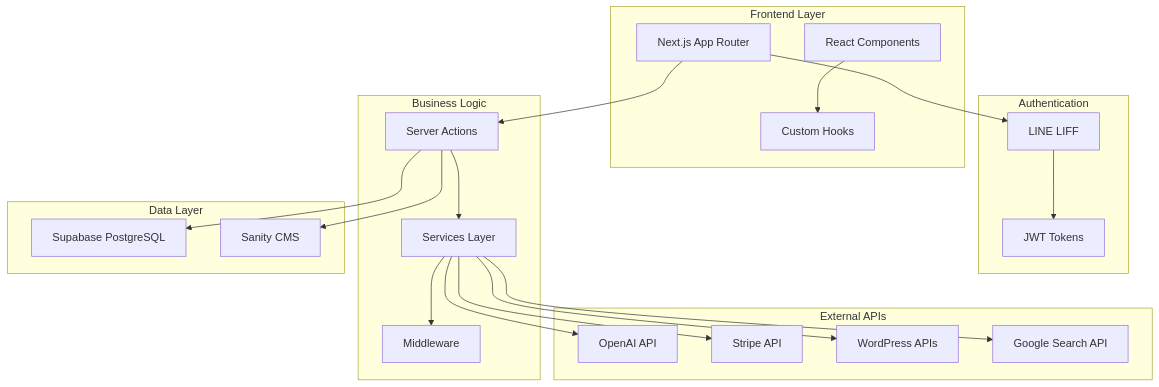
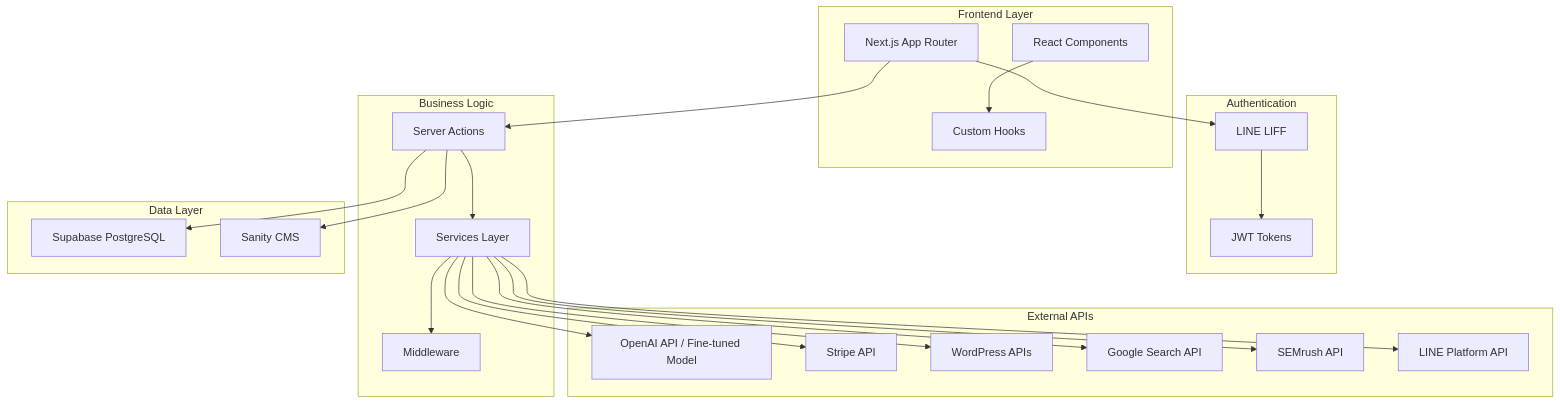
Before and after one commit to shoma-endo/industry-specific-mc-training: the first of 3 diagrams in README.md, drawn with Mermaid. The commit also changed other lines of this file, not shown here.

````diff
--- a/README.md
+++ b/README.md
@@ -31,44 +42,48 @@
 ```mermaid
 graph TB
     subgraph "Frontend Layer"
         A[Next.js App Router]
         B[React Components]
         C[Custom Hooks]
     end
     
     subgraph "Authentication"
         D[LINE LIFF]
         E[JWT Tokens]
     end
     
     subgraph "Business Logic"
         F[Server Actions]
         G[Services Layer]
         H[Middleware]
     end
     
     subgraph "Data Layer"
         I[Supabase PostgreSQL]
         J[Sanity CMS]
     end
     
     subgraph "External APIs"
-        K[OpenAI API]
+        K[OpenAI API / Fine-tuned Model]
         L[Stripe API]
         M[WordPress APIs]
         N[Google Search API]
+        O[SEMrush API]
+        P[LINE Platform API]
     end
     
     A --> D
     A --> F
     B --> C
     D --> E
     F --> G
     G --> H
     F --> I
     F --> J
     G --> K
     G --> L
     G --> M
     G --> N
+    G --> O
+    G --> P
 ```
````
